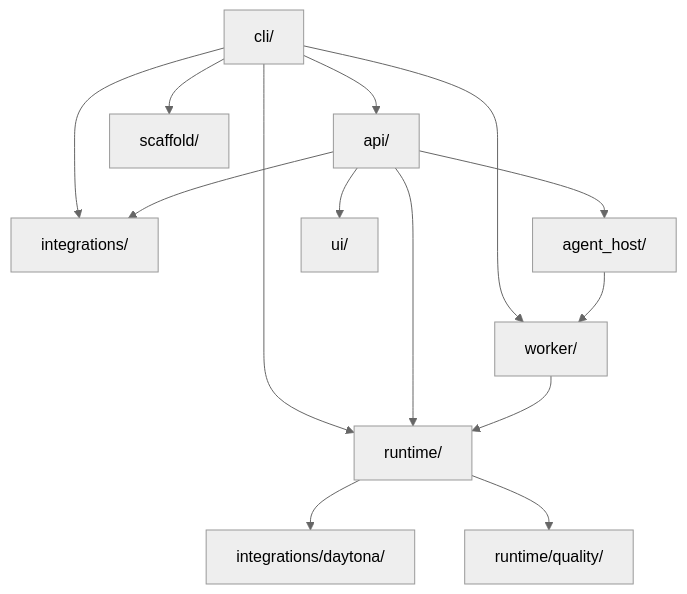
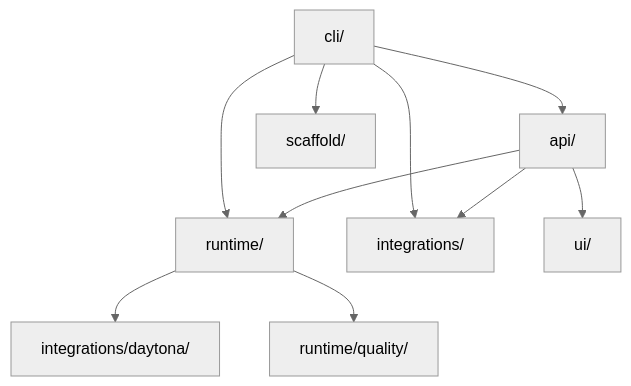
One commit to Qredence/fleet-rlm changed the first of 3 diagrams in docs/reference/module-map.md. Above: the diagram before and after it, drawn with Mermaid (neutral theme). The commit also changed other lines of this file and 8 other files, not shown here.

````diff
--- a/docs/reference/module-map.md
+++ b/docs/reference/module-map.md
@@ -7,18 +7,14 @@
 ```mermaid
 graph TB
     CLI["cli/"] --> API["api/"]
-    CLI --> WORKER["worker/"]
     CLI --> RUNTIME["runtime/"]
     CLI --> INTEGRATIONS["integrations/"]
     CLI --> SCAFFOLD["scaffold/"]
 
-    API --> HOST["agent_host/"]
     API --> RUNTIME
     API --> INTEGRATIONS
     API --> UI["ui/"]
 
-    HOST --> WORKER
-    WORKER --> RUNTIME
     RUNTIME --> DAYTONA["integrations/daytona/"]
     RUNTIME --> QUALITY["runtime/quality/"]
 ```
````
